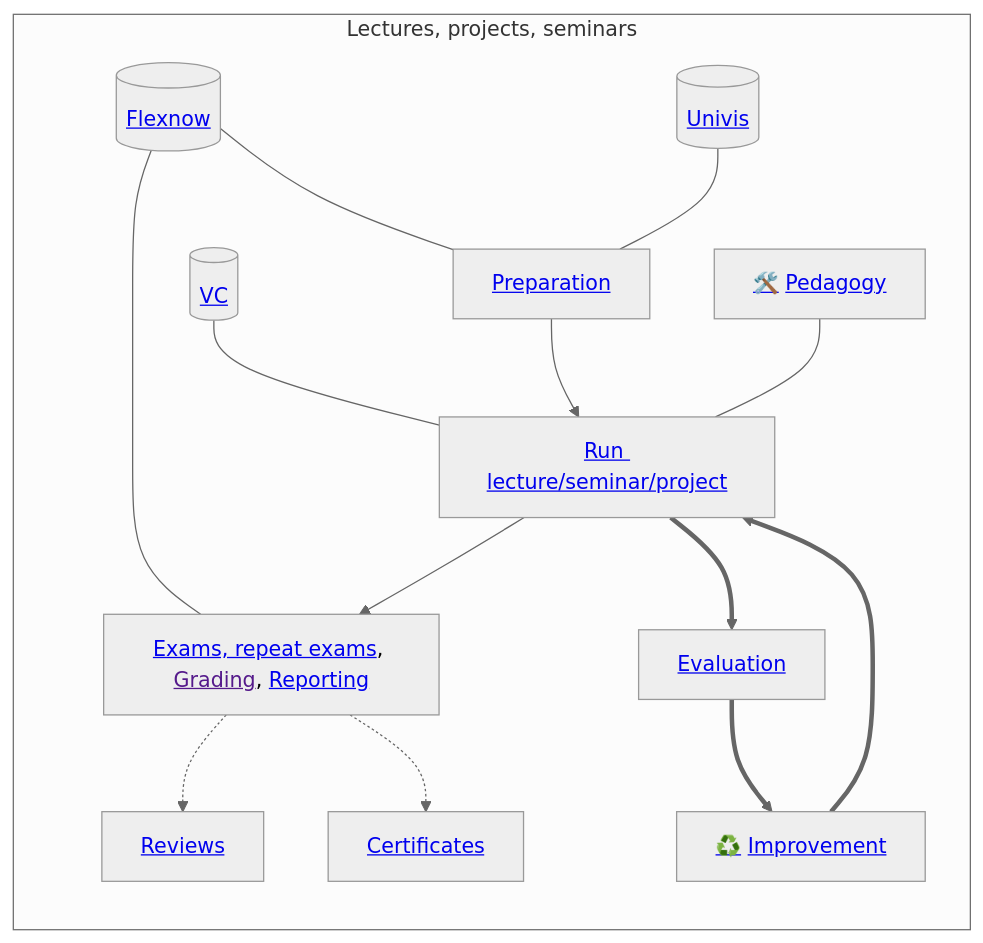
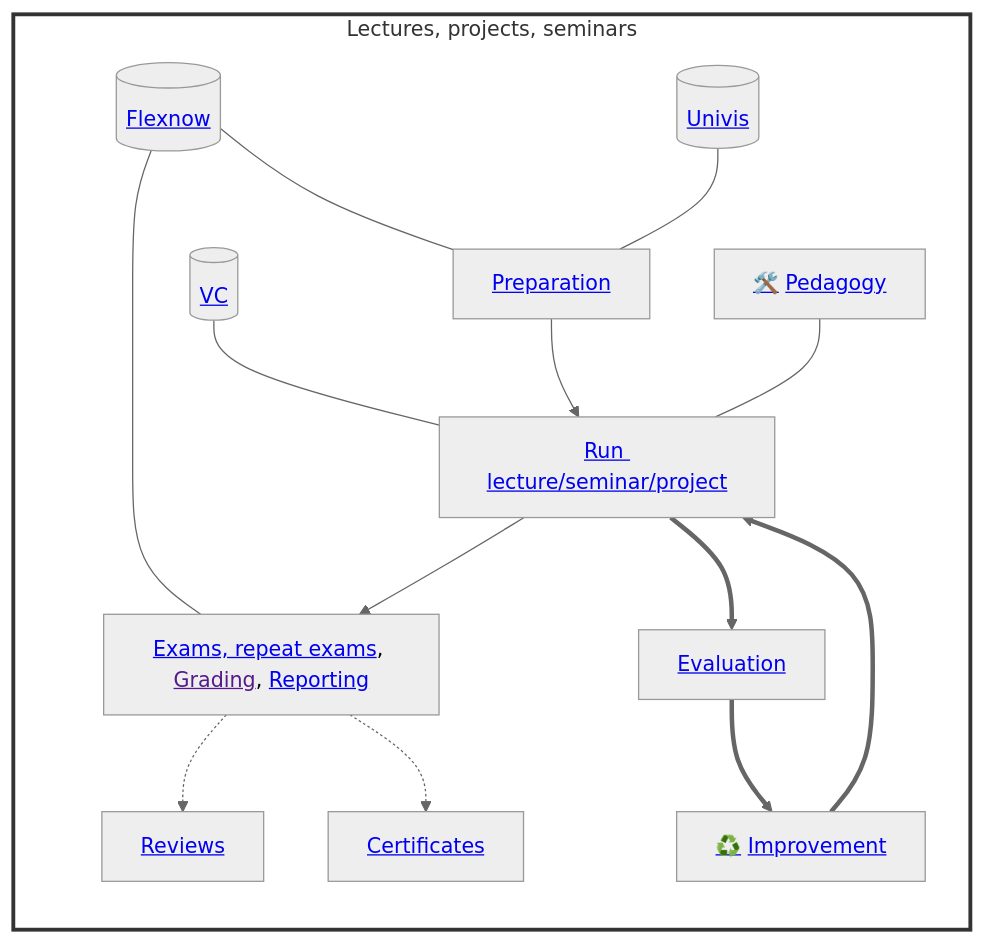
One commit to digital-work-lab/handbook changed the first of 2 diagrams in docs/30-teaching/index.md. Above: the diagram before and after it, drawn with Mermaid (neutral theme). The commit also changed other lines of this file and 1 other file, not shown here.

````diff
--- a/docs/30-teaching/index.md
+++ b/docs/30-teaching/index.md
@@ -14,23 +14,24 @@
 ```mermaid
 flowchart TB
     subgraph main["Lectures, projects, seminars"]
         direction TB
 
         Flexnow[("<a href='30_processes/30.15.flexnow.html'>Flexnow</a>")]
         Flexnow --- Prepare
         Flexnow --- Grade
         Univis[("<a href='30_processes/30.16.univis.html'>Univis</a>")]
         Univis --- Prepare
         VC[("<a href='30_processes/30.19.virtual_campus.html'>VC</a>")] --- Run
 
         Prepare["<a href='30_processes/30.09.new_modules.html'>Preparation</a>"] --> Run["<a href='30_processes/30.02.courses.html#course-list'>Run lecture/seminar/project</a>"]
         Run --> Grade["<a href='30_processes/30.59.exams.html'>Exams, repeat exams</a>, <a href=''>Grading</a>, <a href='30_processes/30.20.reports.html'>Reporting</a>"]
         Pedagogy["<a href='../10-lab/10_processes/10.01.goals.html'>🛠️</a> <a href='30_processes/30.07.pedagogy.html'>Pedagogy</a>"] --- Run
         Grade -.-> Reviews["<a href='30_processes/30.60.reviews.html'>Reviews</a>"]
         Grade -.-> Certificates["<a href='30_processes/30.51.certificates.html'>Certificates</a>"]
         Run ==> Evaluate["<a href='30_processes/30.21.evaluations.html'>Evaluation</a>"]
         Evaluate ==> Improve["<a href='../10-lab/10_processes/10.01.goals.html'>♻️</a> <a href='30_processes/30.22.improvements.html'>Improvement</a>"]
         Improve ==> Run
     end
+    style main fill:white,stroke:#333,stroke-width:3px
 
 ```
````
